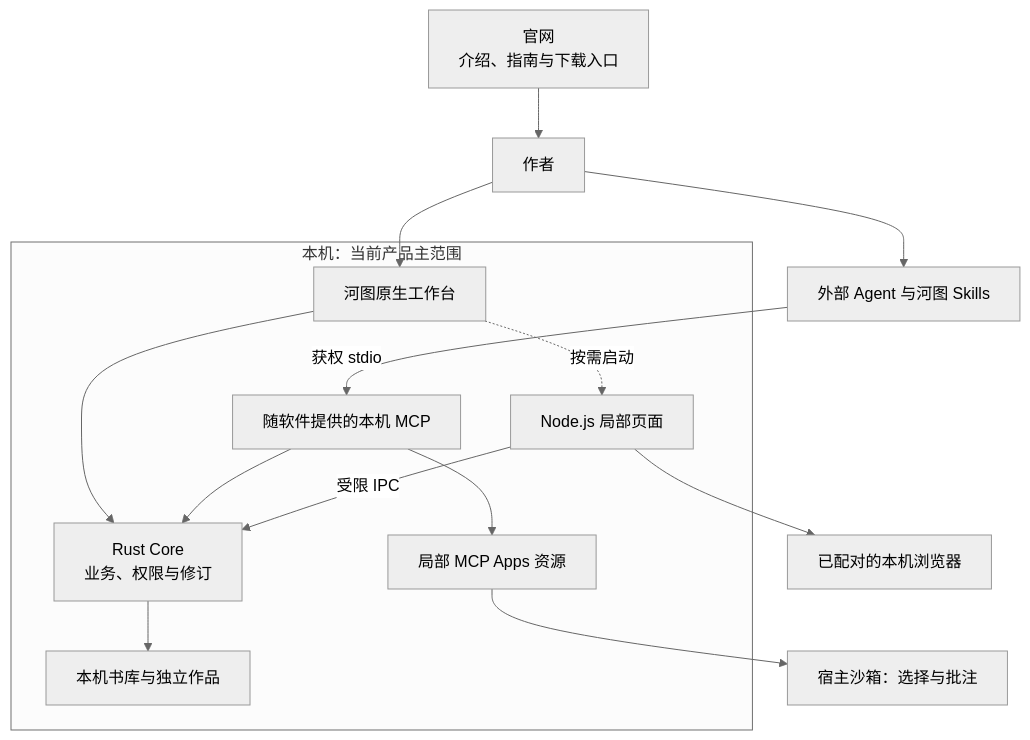
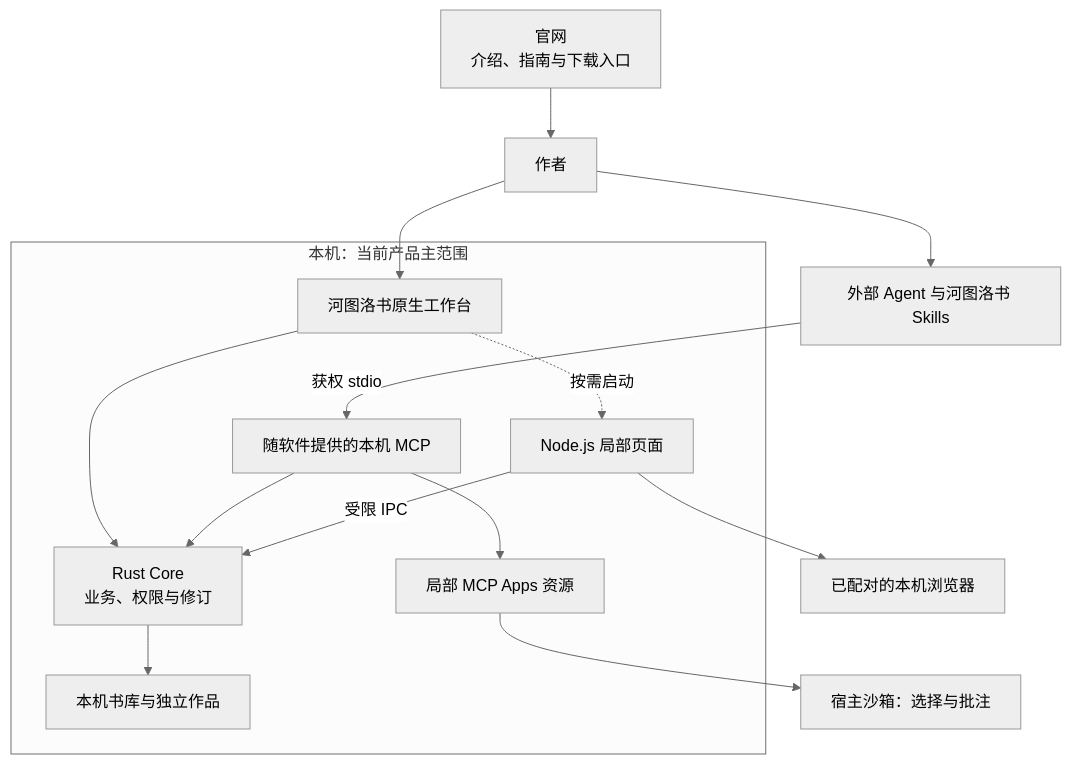
Diagram 32 of 35 in docs/23-业务流程与MCP时序.md (limecloud/hetu), drawn with Mermaid (neutral theme) before and after one commit. The commit also changed other lines of this file and 156 other files, not shown here.

````diff
--- a/docs/23-业务流程与MCP时序.md
+++ b/docs/23-业务流程与MCP时序.md
@@ -847,17 +848,17 @@
 ```mermaid
 flowchart TB
-    author["作者"] --> desktop["河图原生工作台"]
-    author --> agent["外部 Agent 与河图 Skills"]
+    author["作者"] --> desktop["河图洛书原生工作台"]
+    author --> agent["外部 Agent 与河图洛书 Skills"]
     agent -->|"获权 stdio"| localMcp["随软件提供的本机 MCP"]
     subgraph local["本机：当前产品主范围"]
         desktop --> core["Rust Core<br/>业务、权限与修订"]
         localMcp --> core
         core --> files["本机书库与独立作品"]
         localMcp --> app["局部 MCP Apps 资源"]
         desktop -.->|"按需启动"| node["Node.js 局部页面"]
         node -->|"受限 IPC"| core
     end
     app --> host["宿主沙箱：选择与批注"]
     node --> browser["已配对的本机浏览器"]
     website["官网<br/>介绍、指南与下载入口"] --> author
 ```
````
